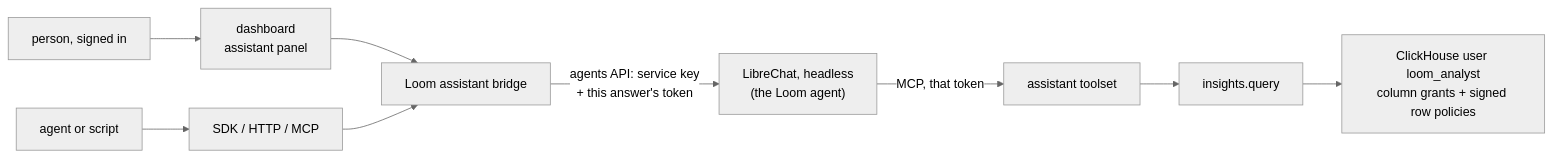
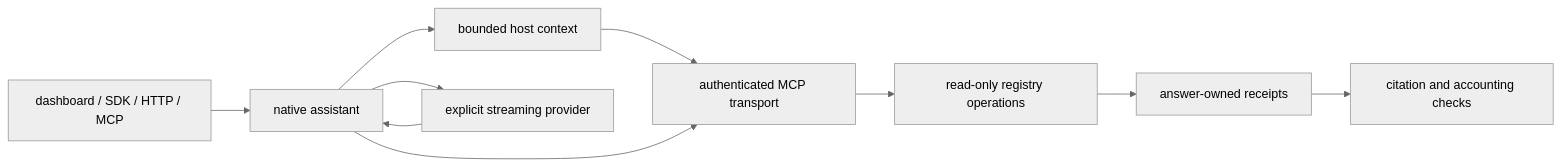
The diagram in docs/architecture/assistant.md (Blargian/loom), drawn with Mermaid (neutral theme) before and after one commit. The commit also changed other lines of this file and 166 other files, not shown here.

First line of the commit message:
The assistant runs natively with caller-scoped tools (#995)

````diff
--- a/docs/architecture/assistant.md
+++ b/docs/architecture/assistant.md
@@ -21,11 +17,12 @@
 ```mermaid
 flowchart LR
-    P["person, signed in"] --> D["dashboard<br/>assistant panel"]
-    A["agent or script"] --> S["SDK / HTTP / MCP"]
-    D --> B["Loom assistant bridge"]
-    S --> B
-    B -->|"agents API: service key<br/>+ this answer's token"| LC["LibreChat, headless<br/>(the Loom agent)"]
-    LC -->|"MCP, that token"| T["assistant toolset"]
-    T --> Q["insights.query"]
-    Q --> U["ClickHouse user loom_analyst<br/>column grants + signed row policies"]
+    Caller["dashboard / SDK / HTTP / MCP"] --> Runtime["native assistant"]
+    Runtime --> Context["bounded host context"]
+    Runtime --> Model["explicit streaming provider"]
+    Model --> Runtime
+    Context --> Transport["authenticated MCP transport"]
+    Runtime --> Transport
+    Transport --> Operations["read-only registry operations"]
+    Operations --> Evidence["answer-owned receipts"]
+    Evidence --> Publication["citation and accounting checks"]
 ```
````
